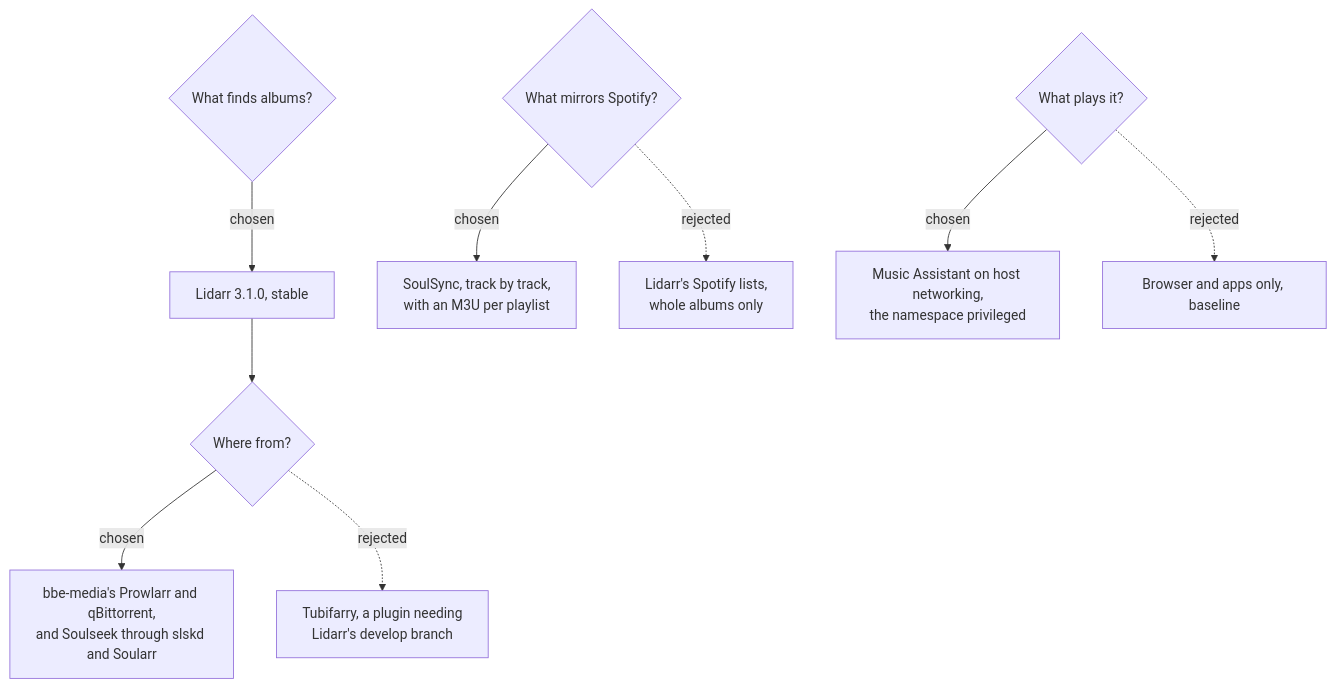
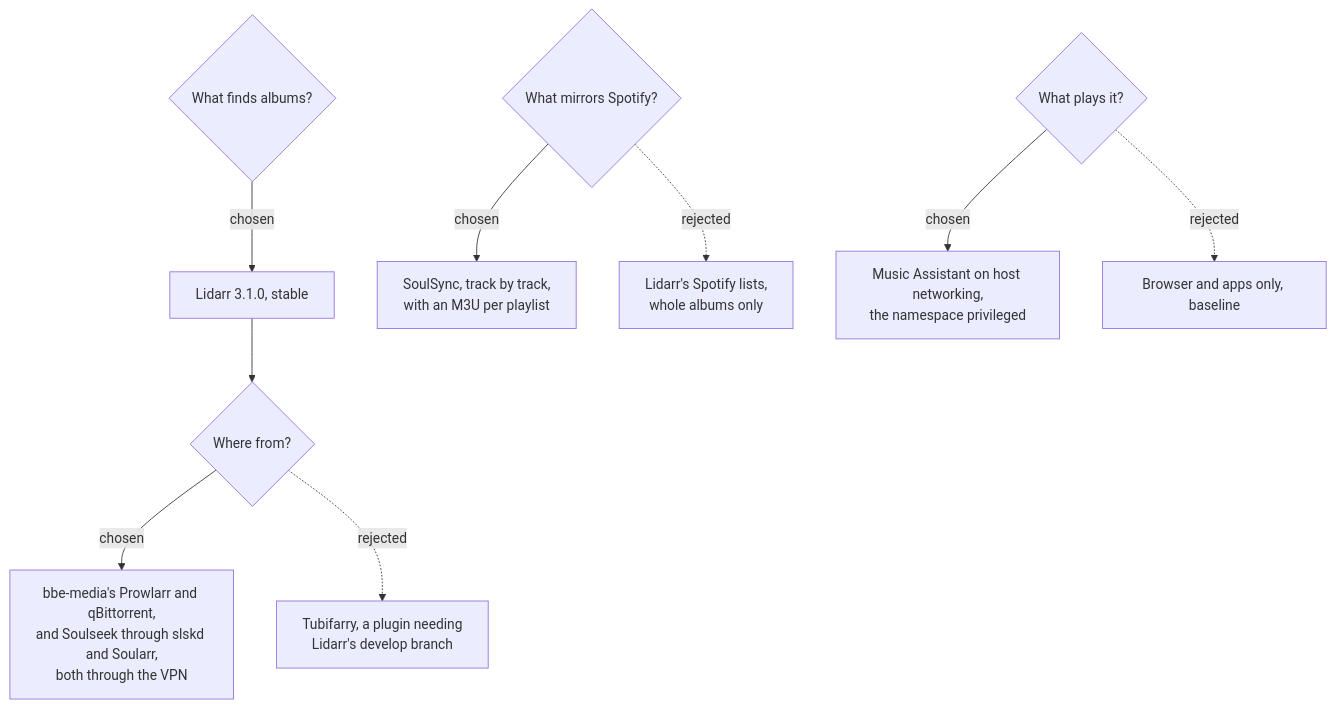
One commit to Brains-Beyond-Expectations/bbe-charts changed the diagram in docs/decisions/0005-music.md. Above: the diagram before and after it, drawn with Mermaid. The commit also changed other lines of this file and 23 other files, not shown here.

````diff
--- a/docs/decisions/0005-music.md
+++ b/docs/decisions/0005-music.md
@@ -22,13 +22,13 @@
 ```mermaid
 flowchart TD
     Q1{What finds albums?} -->|chosen| A1[Lidarr 3.1.0, stable]
     A1 --> Q2{Where from?}
-    Q2 -->|chosen| A2[bbe-media's Prowlarr and qBittorrent,<br/>and Soulseek through slskd and Soularr]
+    Q2 -->|chosen| A2[bbe-media's Prowlarr and qBittorrent,<br/>and Soulseek through slskd and Soularr,<br/>both through the VPN]
     Q2 -.->|rejected| B2[Tubifarry, a plugin needing<br/>Lidarr's develop branch]
 
     Q3{What mirrors Spotify?} -->|chosen| A3[SoulSync, track by track,<br/>with an M3U per playlist]
     Q3 -.->|rejected| B3[Lidarr's Spotify lists,<br/>whole albums only]
 
     Q4{What plays it?} -->|chosen| A4[Music Assistant on host networking,<br/>the namespace privileged]
     Q4 -.->|rejected| B4[Browser and apps only, baseline]
 ```
````
